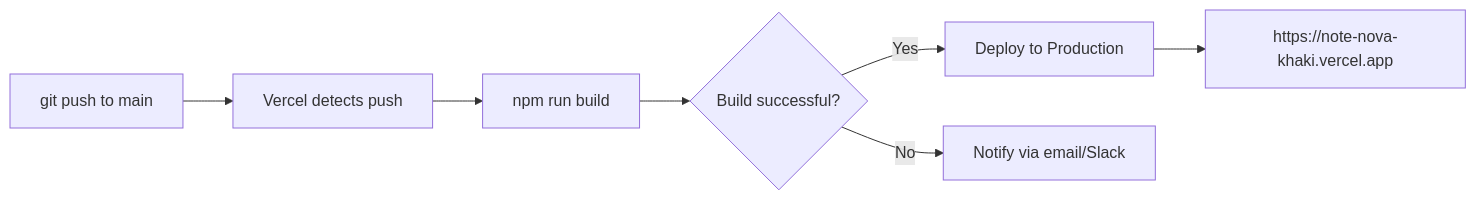
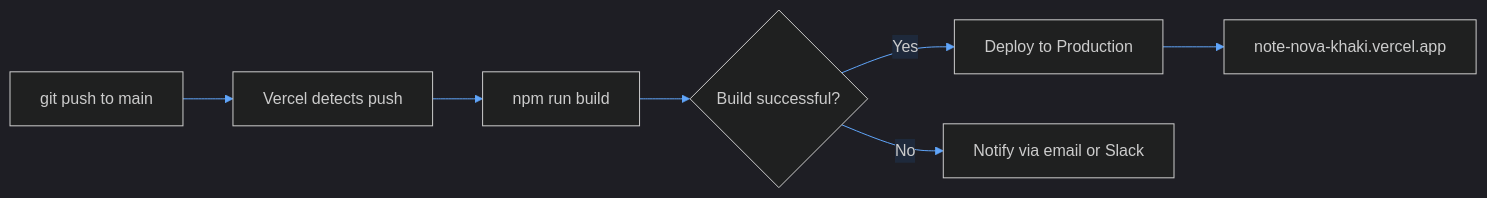
Before and after one commit to sgk18/NoteNova: the fifth of 5 diagrams in README.md, drawn with Mermaid. The commit also changed other lines of this file, not shown here.

Commit message:
docs: clean up README formatting, modernize Mermaid diagram themes, and update schema definitions

````diff
--- a/README.md
+++ b/README.md
@@ -1539,9 +1543,10 @@
 ```mermaid
+%%{init: {'theme': 'dark', 'themeVariables': {'primaryColor': '#1e3a5f', 'primaryTextColor': '#e2e8f0', 'primaryBorderColor': '#3b82f6', 'lineColor': '#60a5fa', 'secondaryColor': '#1e293b', 'tertiaryColor': '#0f172a', 'edgeLabelBackground': '#1e293b', 'nodeTextColor': '#f1f5f9'}}}%%
 flowchart LR
     A[git push to main] --> B[Vercel detects push]
     B --> C[npm run build]
     C --> D{Build successful?}
     D -- Yes --> E[Deploy to Production]
-    D -- No --> F[Notify via email/Slack]
-    E --> G[https://note-nova-khaki.vercel.app]
+    D -- No --> F[Notify via email or Slack]
+    E --> G[note-nova-khaki.vercel.app]
 ```
````
